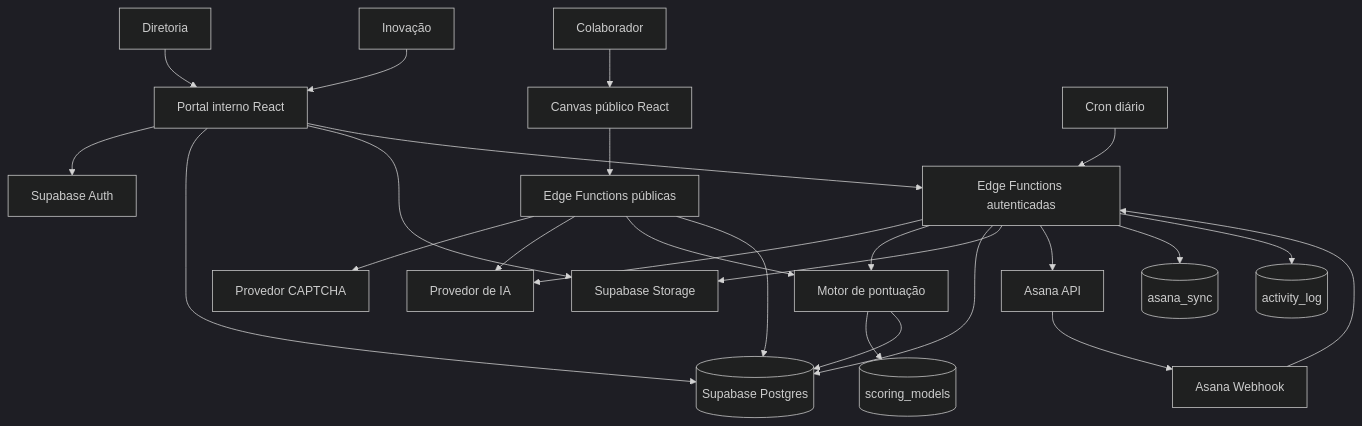
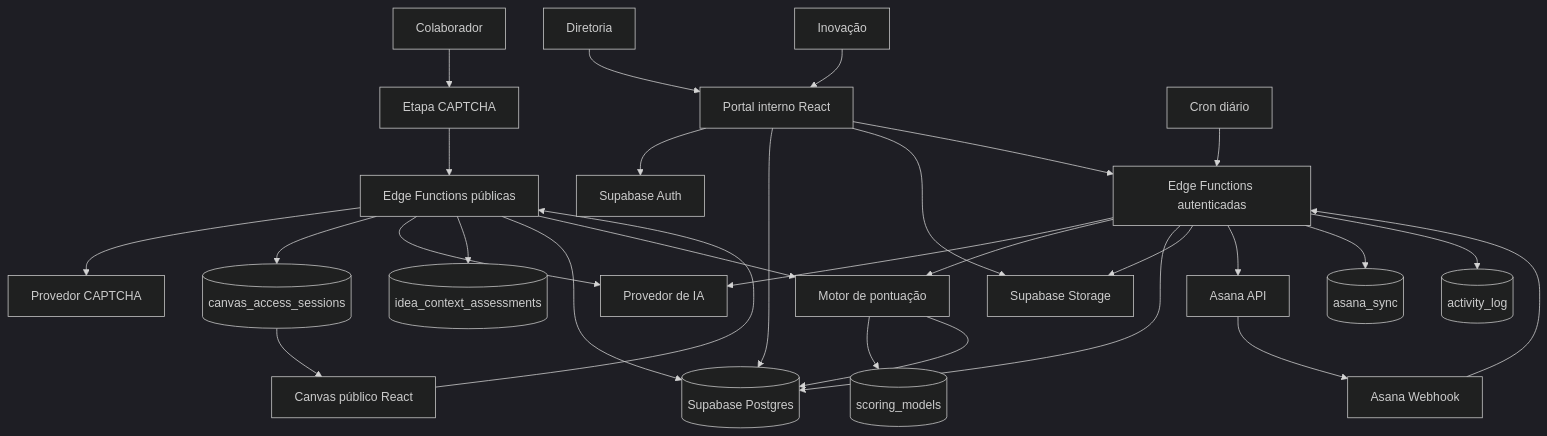
Before and after one commit to phablo-tavares/documentacao_portal_inovacao: the first of 7 diagrams in design-tecnico-portal-inovacao.md, drawn with Mermaid (dark theme). The commit also changed other lines of this file and 1 other file, not shown here.

````diff
--- a/design-tecnico-portal-inovacao.md
+++ b/design-tecnico-portal-inovacao.md
@@ -73,31 +75,35 @@
 ```mermaid
 flowchart TD
-  Colaborador[Colaborador] --> Canvas[Canvas público React]
+  Colaborador[Colaborador] --> Gate[Etapa CAPTCHA]
+  Gate --> PublicEF[Edge Functions públicas]
+  PublicEF --> Captcha[Provedor CAPTCHA]
+  PublicEF --> Access[(canvas_access_sessions)]
+  Access --> Canvas[Canvas público React]
+
+  Canvas --> PublicEF
+  PublicEF --> AI[Provedor de IA]
+  PublicEF --> Context[(idea_context_assessments)]
+  PublicEF --> DB[(Supabase Postgres)]
+  PublicEF --> Scoring[Motor de pontuação]
+
   Diretoria[Diretoria] --> Portal[Portal interno React]
   Inovacao[Inovação] --> Portal
-
-  Canvas --> PublicEF[Edge Functions públicas]
   Portal --> Auth[Supabase Auth]
-  Portal --> DB[(Supabase Postgres)]
+  Portal --> DB
   Portal --> Storage[Supabase Storage]
   Portal --> InternalEF[Edge Functions autenticadas]
-
-  PublicEF --> Captcha[Provedor CAPTCHA]
-  PublicEF --> AI[Provedor de IA]
-  PublicEF --> Scoring[Motor de pontuação]
-  PublicEF --> DB
 
   InternalEF --> AI
   InternalEF --> Scoring
   InternalEF --> DB
   InternalEF --> Storage
   InternalEF --> Asana[Asana API]
 
   Scoring --> Model[(scoring_models)]
   Scoring --> DB
   Asana --> Webhook[Asana Webhook]
   Webhook --> InternalEF
   Cron[Cron diário] --> InternalEF
   InternalEF --> Sync[(asana_sync)]
   InternalEF --> Log[(activity_log)]
 ```
````
